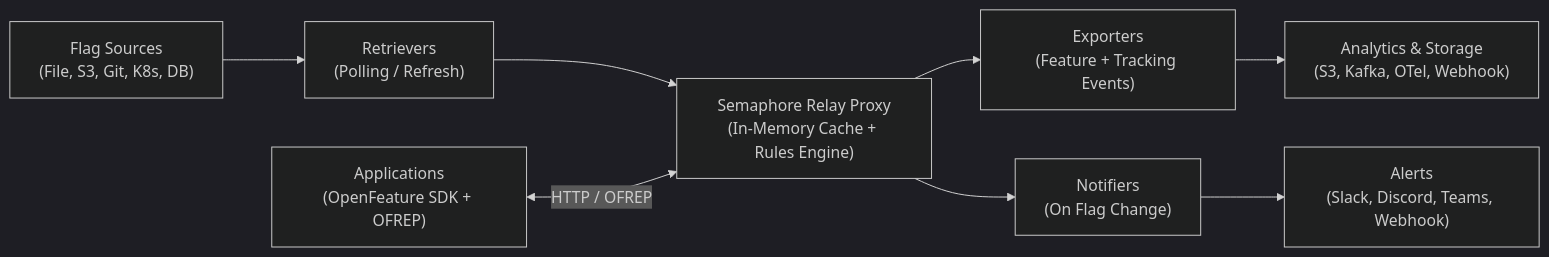
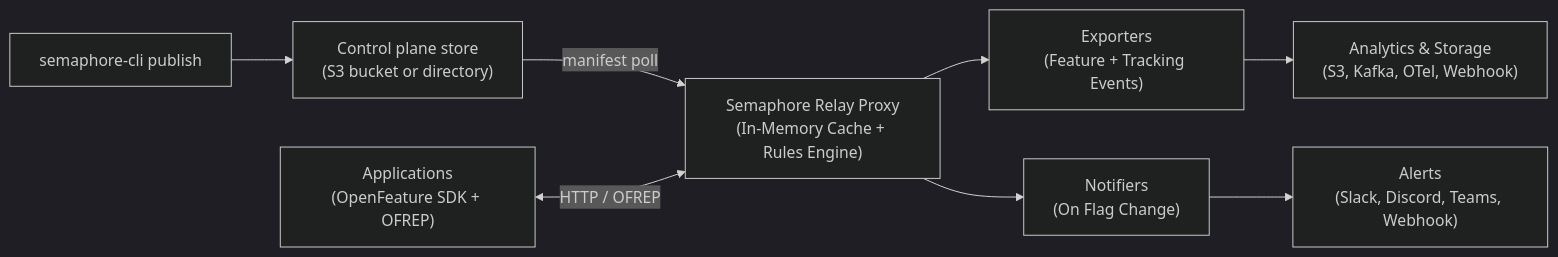
Before and after one commit to BlackbirdWorks/go-feature-flag: the diagram in docs/concepts/architecture.md, drawn with Mermaid (dark theme). The commit also changed other lines of this file and 63 other files, not shown here.

Commit message:
docs: config v2 reference pass, generated schema reference, tested getting-started

````diff
--- a/docs/concepts/architecture.md
+++ b/docs/concepts/architecture.md
@@ -12,10 +12,10 @@
 ```mermaid
 flowchart LR
-    sources["Flag Sources\n(File, S3, Git, K8s, DB)"] --> retrievers["Retrievers\n(Polling / Refresh)"]
-    retrievers --> proxy["Semaphore Relay Proxy\n(In-Memory Cache + Rules Engine)"]
+    publisher["semaphore-cli publish"] --> store["Control plane store\n(S3 bucket or directory)"]
+    store -->|"manifest poll"| proxy["Semaphore Relay Proxy\n(In-Memory Cache + Rules Engine)"]
     apps["Applications\n(OpenFeature SDK + OFREP)"] <-->|"HTTP / OFREP"| proxy
     proxy --> exporters["Exporters\n(Feature + Tracking Events)"]
     exporters --> sinks["Analytics & Storage\n(S3, Kafka, OTel, Webhook)"]
     proxy --> notifiers["Notifiers\n(On Flag Change)"]
     notifiers --> alerts["Alerts\n(Slack, Discord, Teams, Webhook)"]
 ```
````
